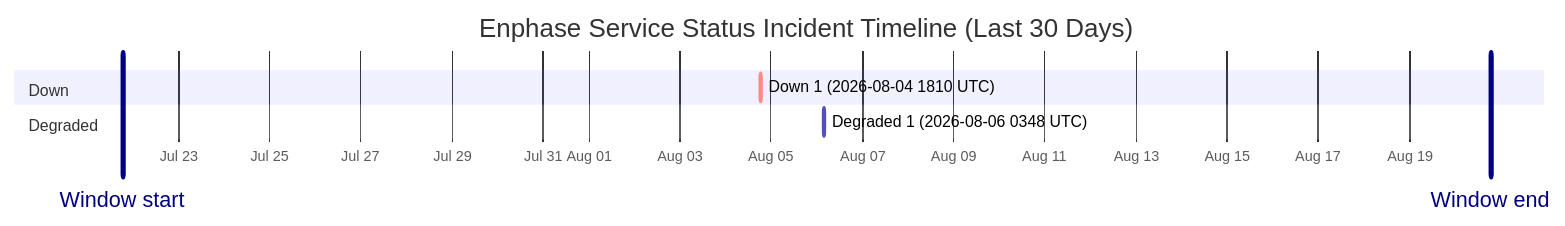
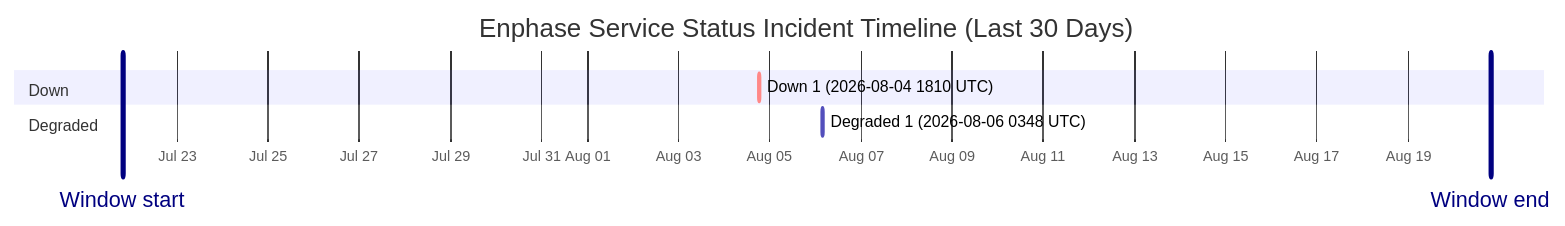
The diagram in wiki/Service-Status-History.md (barneyonline/ha-enphase-energy), drawn with Mermaid before and after one commit. The commit also changed other lines of this file and 3 other files, not shown here.

````diff
--- a/wiki/Service-Status-History.md
+++ b/wiki/Service-Status-History.md
@@ -14,12 +14,12 @@
 ```mermaid
 gantt
     title Enphase Service Status Incident Timeline (Last 30 Days)
     dateFormat  YYYY-MM-DDTHH:mm:ss
     axisFormat  %b %d
-    Window start :vert, window-start, 2026-07-21T18:39:35, 0ms
-    Window end :vert, window-end, 2026-08-20T18:39:35, 0ms
+    Window start :vert, window-start, 2026-07-21T19:28:48, 0ms
+    Window end :vert, window-end, 2026-08-20T19:28:48, 0ms
     section Down
     Down 1 (2026-08-04 1810 UTC) :crit, down-1, 2026-08-04T18:10:46, 60m
     section Degraded
     Degraded 1 (2026-08-06 0348 UTC) :active, degraded-1, 2026-08-06T03:48:14, 60m
 ```
````
